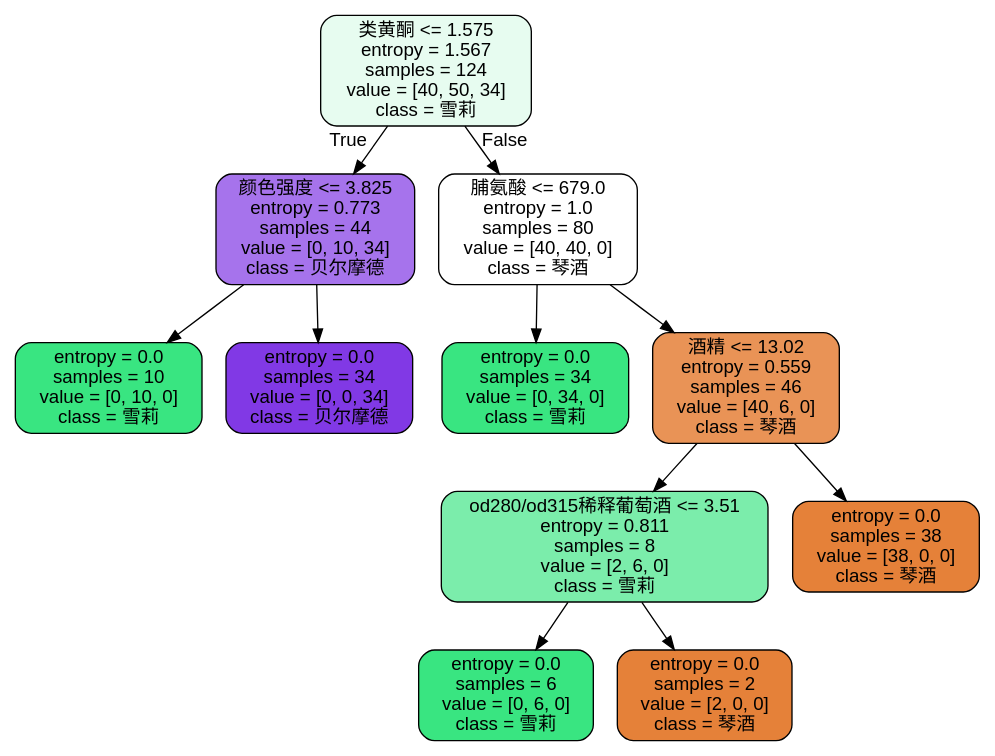
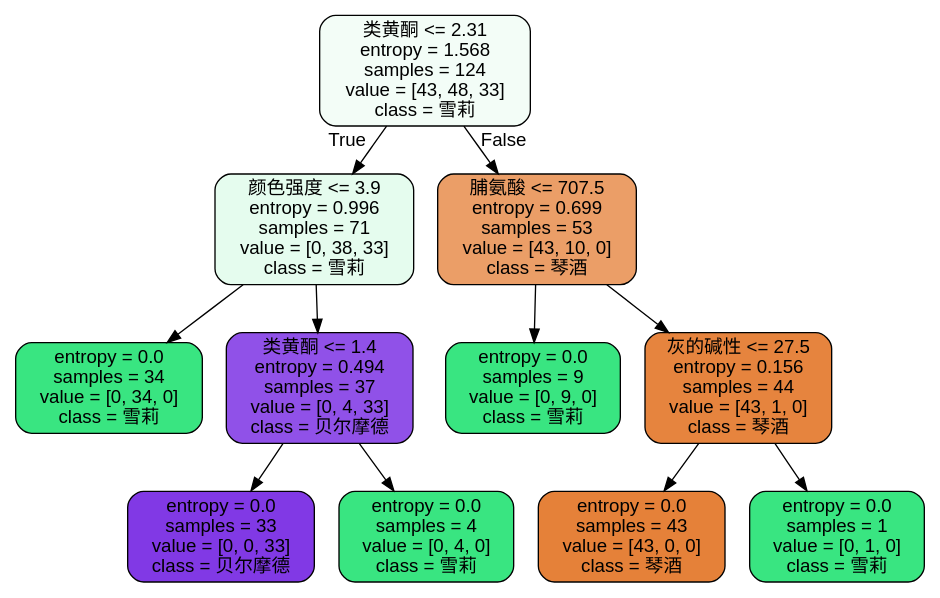
One commit to jaling9/PythonDataAnalysis changed the diagram in 【机器学习】菜菜的sklearn课堂(1-12全课)/01 决策树课件数据源码/Tree.dot. Above: the diagram before and after it, drawn with Graphviz. The commit also changed 1222 other files, not shown here.

```diff
--- a/【机器学习】菜菜的sklearn课堂(1-12全课)/01 决策树课件数据源码/Tree.dot
+++ b/【机器学习】菜菜的sklearn课堂(1-12全课)/01 决策树课件数据源码/Tree.dot
@@ -1,25 +1,25 @@
 digraph Tree {
-node [shape=box, style="filled, rounded", color="black", fontname=helvetica] ;
-edge [fontname=helvetica] ;
-0 [label="类黄酮 <= 1.575\nentropy = 1.567\nsamples = 124\nvalue = [40, 50, 34]\nclass = 雪莉", fillcolor="#39e5811e"] ;
-1 [label="颜色强度 <= 3.825\nentropy = 0.773\nsamples = 44\nvalue = [0, 10, 34]\nclass = 贝尔摩德", fillcolor="#8139e5b4"] ;
+node [shape=box, style="filled, rounded", color="black", fontname="helvetica"] ;
+edge [fontname="helvetica"] ;
+0 [label="类黄酮 <= 2.31\nentropy = 1.568\nsamples = 124\nvalue = [43, 48, 33]\nclass = 雪莉", fillcolor="#f3fdf7"] ;
+1 [label="颜色强度 <= 3.9\nentropy = 0.996\nsamples = 71\nvalue = [0, 38, 33]\nclass = 雪莉", fillcolor="#e5fcee"] ;
 0 -> 1 [labeldistance=2.5, labelangle=45, headlabel="True"] ;
-2 [label="entropy = 0.0\nsamples = 10\nvalue = [0, 10, 0]\nclass = 雪莉", fillcolor="#39e581ff"] ;
+2 [label="entropy = 0.0\nsamples = 34\nvalue = [0, 34, 0]\nclass = 雪莉", fillcolor="#39e581"] ;
 1 -> 2 ;
-3 [label="entropy = 0.0\nsamples = 34\nvalue = [0, 0, 34]\nclass = 贝尔摩德", fillcolor="#8139e5ff"] ;
+3 [label="类黄酮 <= 1.4\nentropy = 0.494\nsamples = 37\nvalue = [0, 4, 33]\nclass = 贝尔摩德", fillcolor="#9051e8"] ;
 1 -> 3 ;
-4 [label="脯氨酸 <= 679.0\nentropy = 1.0\nsamples = 80\nvalue = [40, 40, 0]\nclass = 琴酒", fillcolor="#e5813900"] ;
-0 -> 4 [labeldistance=2.5, labelangle=-45, headlabel="False"] ;
-5 [label="entropy = 0.0\nsamples = 34\nvalue = [0, 34, 0]\nclass = 雪莉", fillcolor="#39e581ff"] ;
-4 -> 5 ;
-6 [label="酒精 <= 13.02\nentropy = 0.559\nsamples = 46\nvalue = [40, 6, 0]\nclass = 琴酒", fillcolor="#e58139d9"] ;
-4 -> 6 ;
-7 [label="od280/od315稀释葡萄酒 <= 3.51\nentropy = 0.811\nsamples = 8\nvalue = [2, 6, 0]\nclass = 雪莉", fillcolor="#39e581aa"] ;
+4 [label="entropy = 0.0\nsamples = 33\nvalue = [0, 0, 33]\nclass = 贝尔摩德", fillcolor="#8139e5"] ;
+3 -> 4 ;
+5 [label="entropy = 0.0\nsamples = 4\nvalue = [0, 4, 0]\nclass = 雪莉", fillcolor="#39e581"] ;
+3 -> 5 ;
+6 [label="脯氨酸 <= 707.5\nentropy = 0.699\nsamples = 53\nvalue = [43, 10, 0]\nclass = 琴酒", fillcolor="#eb9e67"] ;
+0 -> 6 [labeldistance=2.5, labelangle=-45, headlabel="False"] ;
+7 [label="entropy = 0.0\nsamples = 9\nvalue = [0, 9, 0]\nclass = 雪莉", fillcolor="#39e581"] ;
 6 -> 7 ;
-8 [label="entropy = 0.0\nsamples = 6\nvalue = [0, 6, 0]\nclass = 雪莉", fillcolor="#39e581ff"] ;
-7 -> 8 ;
-9 [label="entropy = 0.0\nsamples = 2\nvalue = [2, 0, 0]\nclass = 琴酒", fillcolor="#e58139ff"] ;
-7 -> 9 ;
-10 [label="entropy = 0.0\nsamples = 38\nvalue = [38, 0, 0]\nclass = 琴酒", fillcolor="#e58139ff"] ;
-6 -> 10 ;
+8 [label="灰的碱性 <= 27.5\nentropy = 0.156\nsamples = 44\nvalue = [43, 1, 0]\nclass = 琴酒", fillcolor="#e6843e"] ;
+6 -> 8 ;
+9 [label="entropy = 0.0\nsamples = 43\nvalue = [43, 0, 0]\nclass = 琴酒", fillcolor="#e58139"] ;
+8 -> 9 ;
+10 [label="entropy = 0.0\nsamples = 1\nvalue = [0, 1, 0]\nclass = 雪莉", fillcolor="#39e581"] ;
+8 -> 10 ;
 }
```
